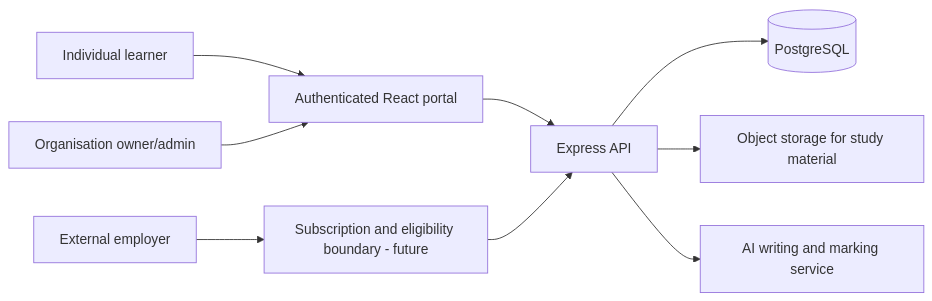
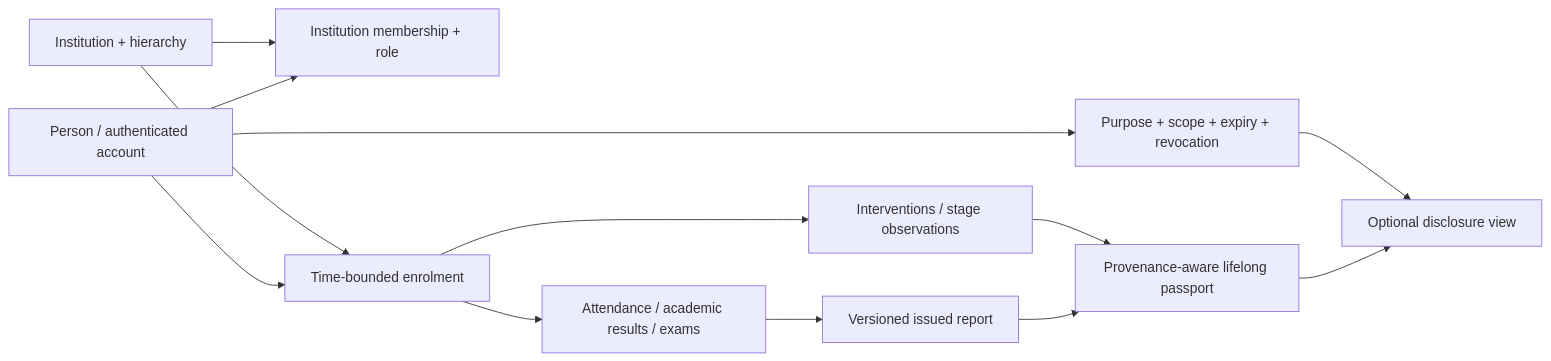
One commit to CayelaemJ/Training-and-Development-Hub changed the second of 3 diagrams in docs/ARCHITECTURE.md. Above: the diagram before and after it, drawn with Mermaid. The commit also changed other lines of this file, not shown here.

Commit message:
docs: map full connected education platform architecture and trust boundaries

````diff
--- a/docs/ARCHITECTURE.md
+++ b/docs/ARCHITECTURE.md
@@ -13,11 +102,15 @@
 ```mermaid
 flowchart LR
- A[Individual learner] --> B[Authenticated React portal]
- E[Organisation owner/admin] --> B
- B --> C[Express API]
- C --> D[(PostgreSQL)]
- C --> F[Object storage for study material]
- C --> G[AI writing and marking service]
- H[External employer] --> I[Subscription and eligibility boundary - future]
- I --> C
+  PERSON[Person / authenticated account] --> MEMBER[Institution membership + role]
+  INST[Institution + hierarchy] --> MEMBER
+  PERSON --> ENROL[Time-bounded enrolment]
+  INST --> ENROL
+  ENROL --> ACAD[Attendance / academic results / exams]
+  ENROL --> SUPPORT[Interventions / stage observations]
+  ACAD --> REPORT[Versioned issued report]
+  REPORT --> PASS[Provenance-aware lifelong passport]
+  SUPPORT --> PASS
+  PERSON --> GRANT[Purpose + scope + expiry + revocation]
+  PASS --> DISC[Optional disclosure view]
+  GRANT --> DISC
 ```
````
